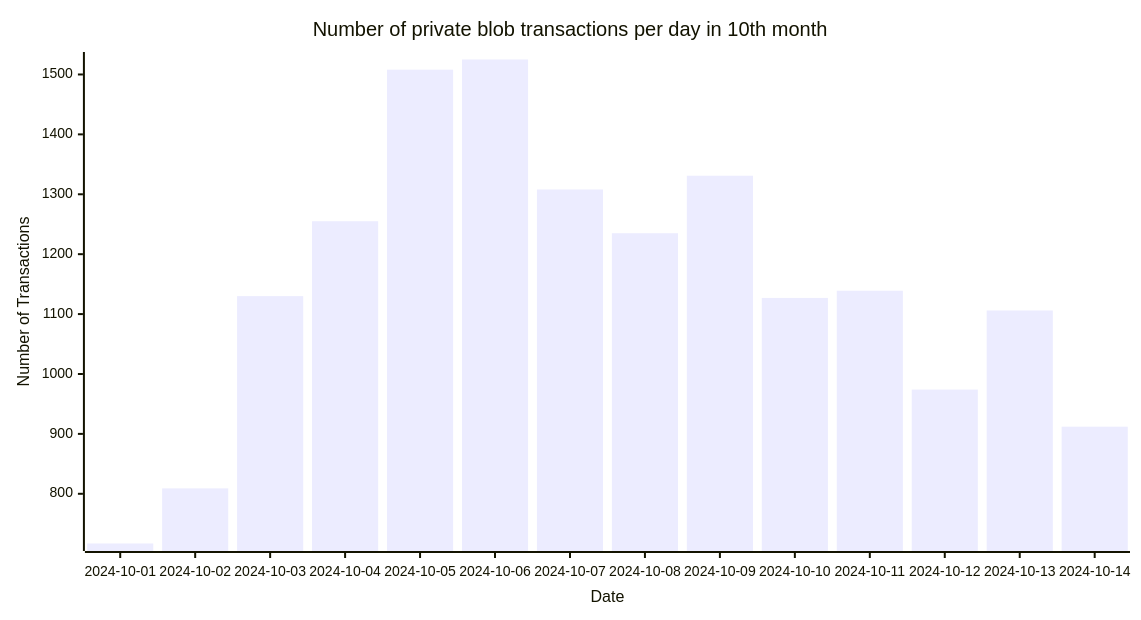
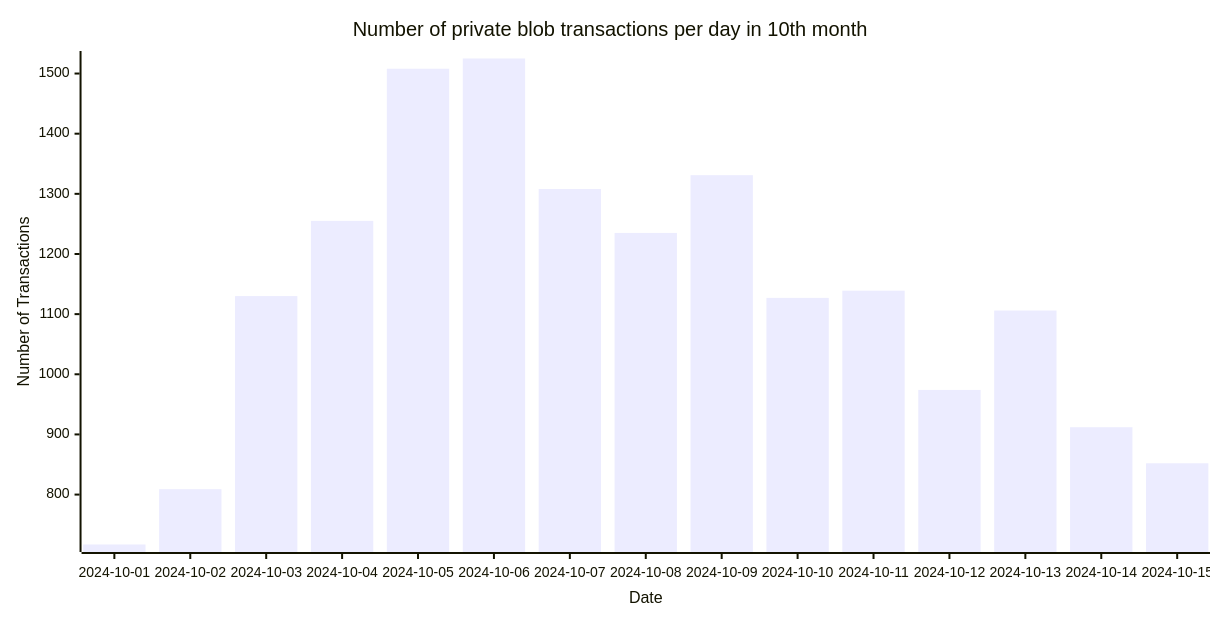
One commit to Amit0617/eip4844-data changed the eighth of 8 diagrams in README.md. Above: the diagram before and after it, drawn with Mermaid. The commit also changed 1 other file, not shown here.

````diff
--- a/README.md
+++ b/README.md
@@ -92,12 +92,12 @@
 ```mermaid
 ---
 config:
     xyChart:
-        width: 1120
+        width: 1200
         height: 600
 ---
 xychart-beta title "Number of private blob transactions per day in 10th month"
-x-axis "Date" [2024-10-01,2024-10-02,2024-10-03,2024-10-04,2024-10-05,2024-10-06,2024-10-07,2024-10-08,2024-10-09,2024-10-10,2024-10-11,2024-10-12,2024-10-13,2024-10-14]
+x-axis "Date" [2024-10-01,2024-10-02,2024-10-03,2024-10-04,2024-10-05,2024-10-06,2024-10-07,2024-10-08,2024-10-09,2024-10-10,2024-10-11,2024-10-12,2024-10-13,2024-10-14,2024-10-15]
 y-axis "Number of Transactions"
-bar[717,809,1130,1255,1508,1525,1308,1235,1331,1127,1139,974,1106,912]
+bar[717,809,1130,1255,1508,1525,1308,1235,1331,1127,1139,974,1106,912,852]
 ```
````
